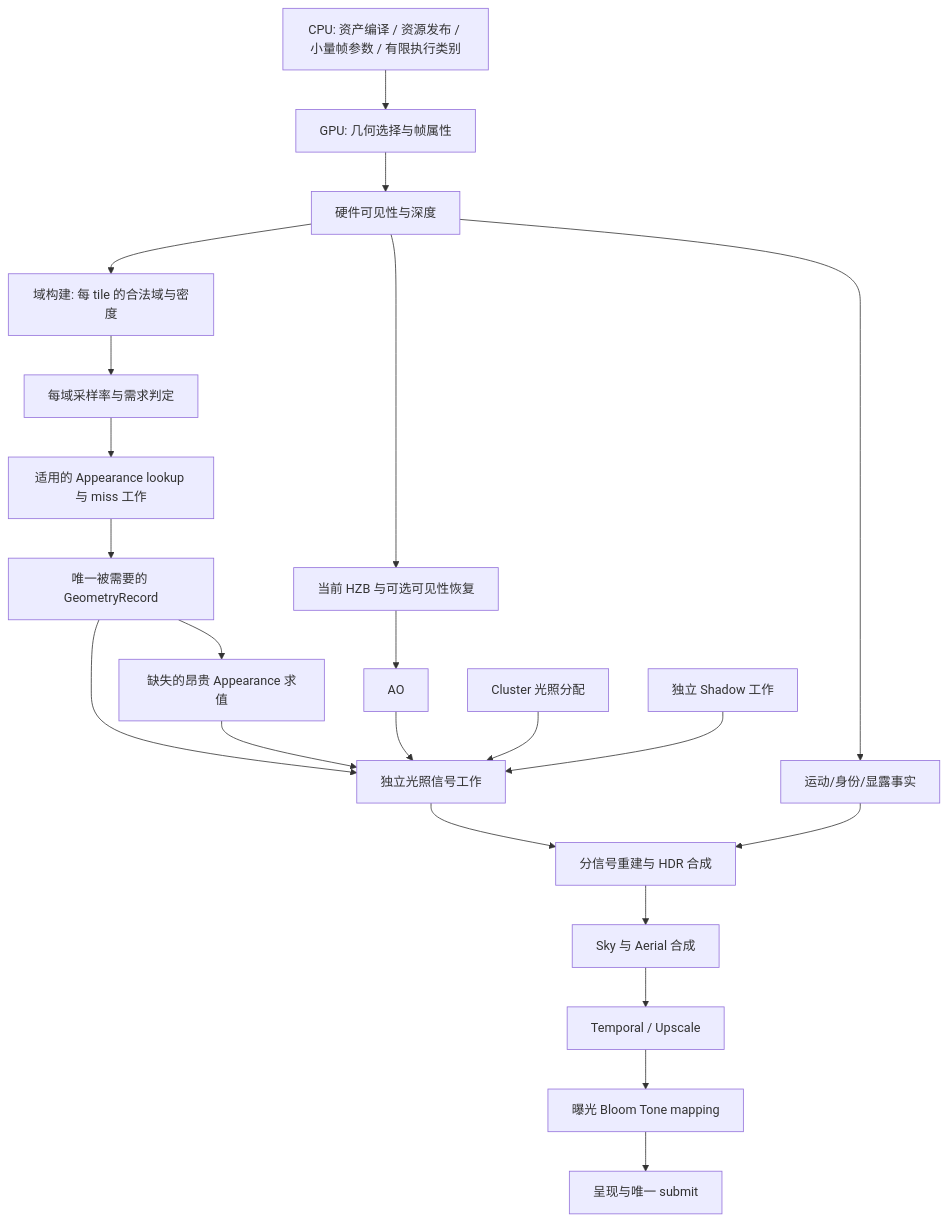
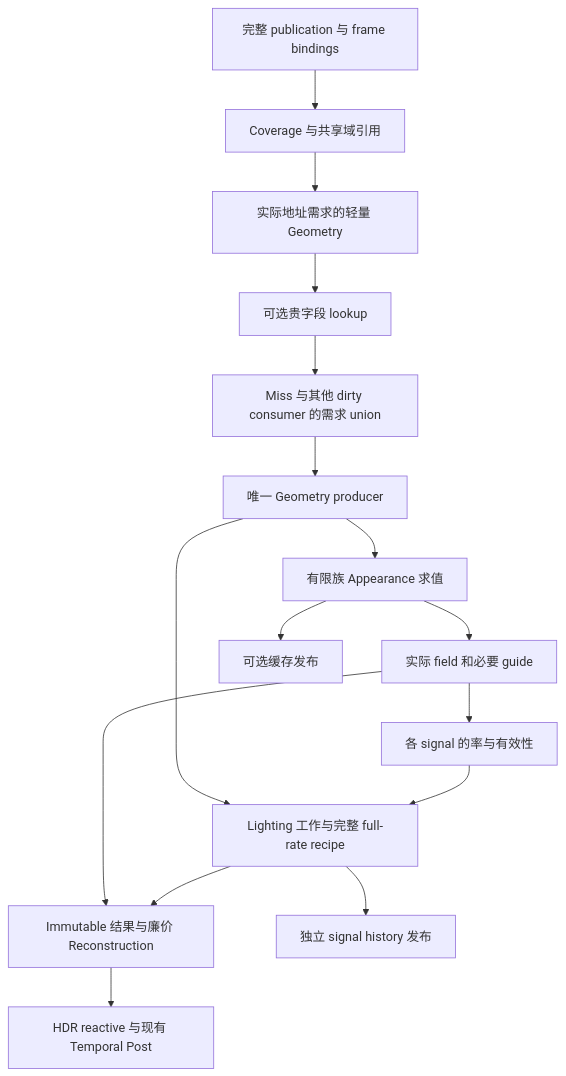
One commit to bigbigbig2/EEngine changed the diagram in docs/next-design/eengine-extreme-performance-rebuild-2026-10.md. Above: the diagram before and after it, drawn with Mermaid. The commit also changed other lines of this file and 3 other files, not shown here.

````diff
--- a/docs/next-design/eengine-extreme-performance-rebuild-2026-10.md
+++ b/docs/next-design/eengine-extreme-performance-rebuild-2026-10.md
@@ -152,24 +245,18 @@
 ```mermaid
 flowchart TD
-  Publish[CPU: 资产编译 / 资源发布 / 小量帧参数 / 有限执行类别] --> Geometry[GPU: 几何选择与帧属性]
-  Geometry --> Visibility[硬件可见性与深度]
-  Visibility --> HZB[当前 HZB 与可选可见性恢复]
-  Visibility --> Facts[运动/身份/显露事实]
-  Visibility --> Domain[域构建: 每 tile 的合法域与密度]
-  Domain --> Rate[每域采样率与需求判定]
-  Rate --> Lookup[适用的 Appearance lookup 与 miss 工作]
-  Lookup --> Record[唯一被需要的 GeometryRecord]
-  Record --> Appearance[缺失的昂贵 Appearance 求值]
-  Record --> Lighting[独立光照信号工作]
-  Appearance --> Lighting
-  HZB --> AO[AO]
-  AO --> Lighting
-  Cluster[Cluster 光照分配] --> Lighting
-  Shadow[独立 Shadow 工作] --> Lighting
-  Lighting --> Reconstruct[分信号重建与 HDR 合成]
-  Facts --> Reconstruct
-  Reconstruct --> Environment[Sky 与 Aerial 合成]
-  Environment --> Temporal[Temporal / Upscale]
-  Temporal --> Post[曝光 Bloom Tone mapping]
-  Post --> Present[呈现与唯一 submit]
+  P[完整 publication 与 frame bindings] --> C[Coverage 与共享域引用]
+  C --> A[实际地址需求的轻量 Geometry]
+  A --> L[可选贵字段 lookup]
+  L --> D[Miss 与其他 dirty consumer 的需求 union]
+  D --> G[唯一 Geometry producer]
+  G --> M[有限族 Appearance 求值]
+  M --> F[实际 field 和必要 guide]
+  F --> R[各 signal 的率与有效性]
+  R --> W[Lighting 工作与完整 full-rate recipe]
+  G --> W
+  W --> O[Immutable 结果与廉价 Reconstruction]
+  F --> O
+  O --> T[HDR reactive 与现有 Temporal Post]
+  M --> K[可选缓存发布]
+  W --> H[独立 signal history 发布]
 ```
````
